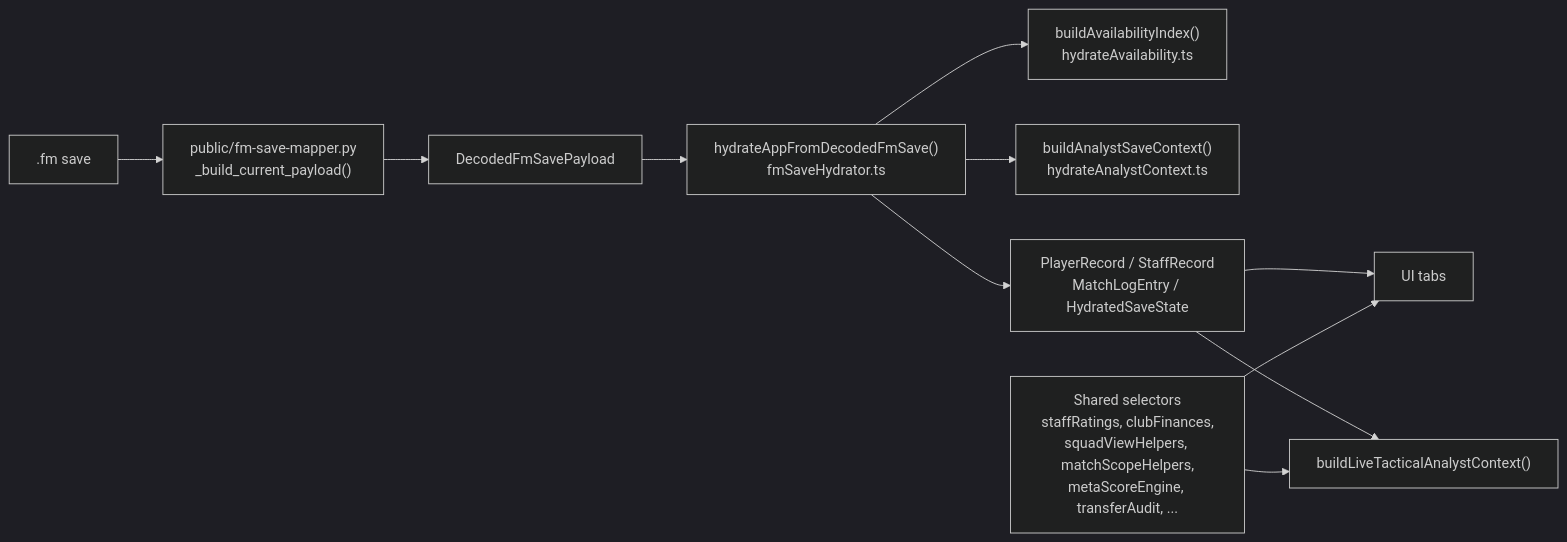
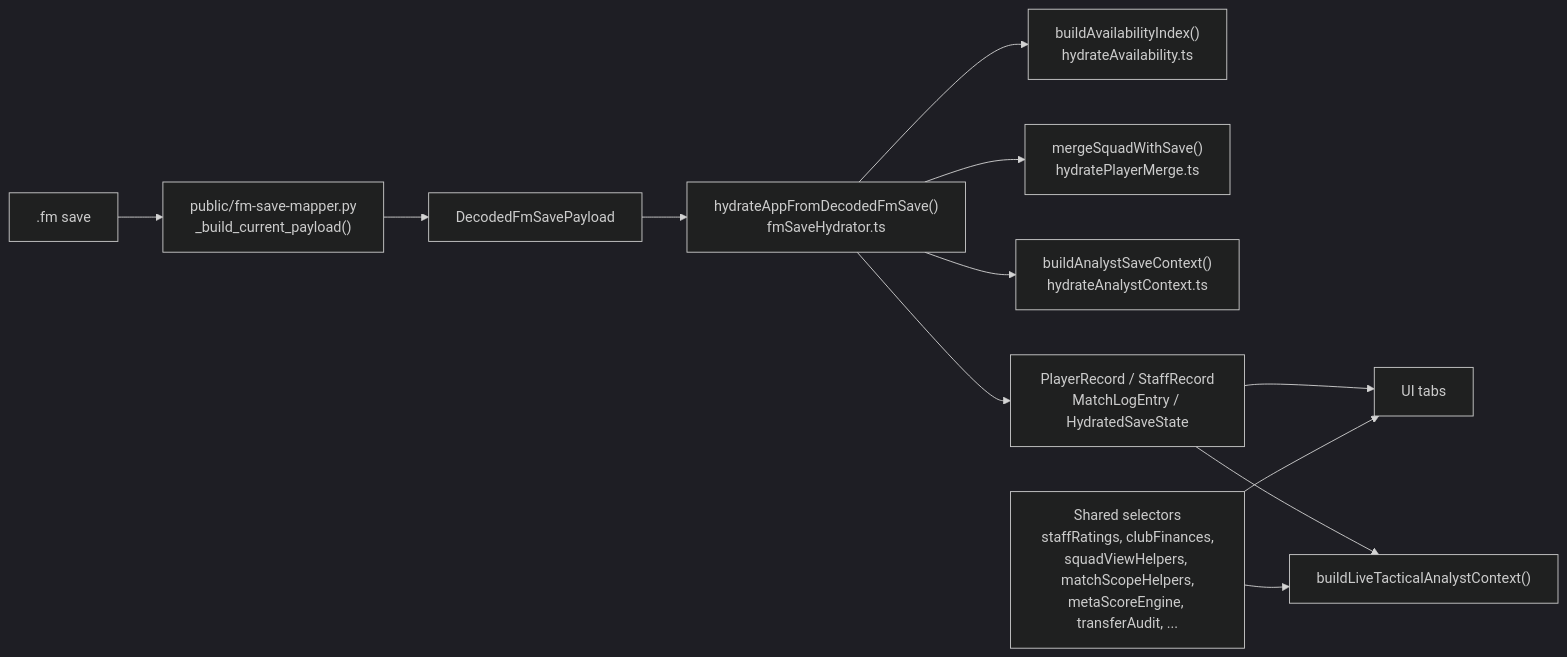
Before and after one commit to bd94fd/fm27-command-hub: the diagram in docs/data-parity-contract-map.md, drawn with Mermaid (dark theme). The commit also changed 7 other files, not shown here.

First line of the commit message:
refactor(R40): move the squad merge out of the save hydrator (#122)

````diff
--- a/docs/data-parity-contract-map.md
+++ b/docs/data-parity-contract-map.md
@@ -11,13 +11,14 @@
 ```mermaid
 flowchart LR
   A[".fm save"] --> B["public/fm-save-mapper.py<br/>_build_current_payload()"]
   B --> C["DecodedFmSavePayload"]
   C --> D["hydrateAppFromDecodedFmSave()<br/>fmSaveHydrator.ts"]
   D --> D1["buildAvailabilityIndex()<br/>hydrateAvailability.ts"]
+  D --> D0["mergeSquadWithSave()<br/>hydratePlayerMerge.ts"]
   D --> D2["buildAnalystSaveContext()<br/>hydrateAnalystContext.ts"]
   D --> E["PlayerRecord / StaffRecord<br/>MatchLogEntry / HydratedSaveState"]
   E --> F["UI tabs"]
   E --> G["buildLiveTacticalAnalystContext()"]
   H["Shared selectors<br/>staffRatings, clubFinances,<br/>squadViewHelpers, matchScopeHelpers,<br/>metaScoreEngine, transferAudit, ..."] --> F
   H --> G
 ```
````
